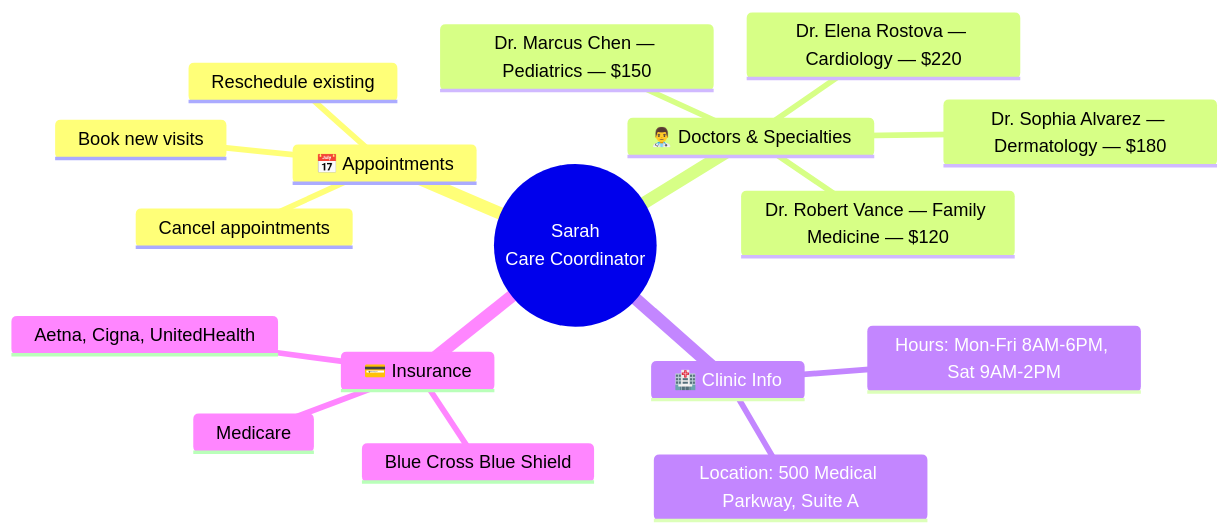
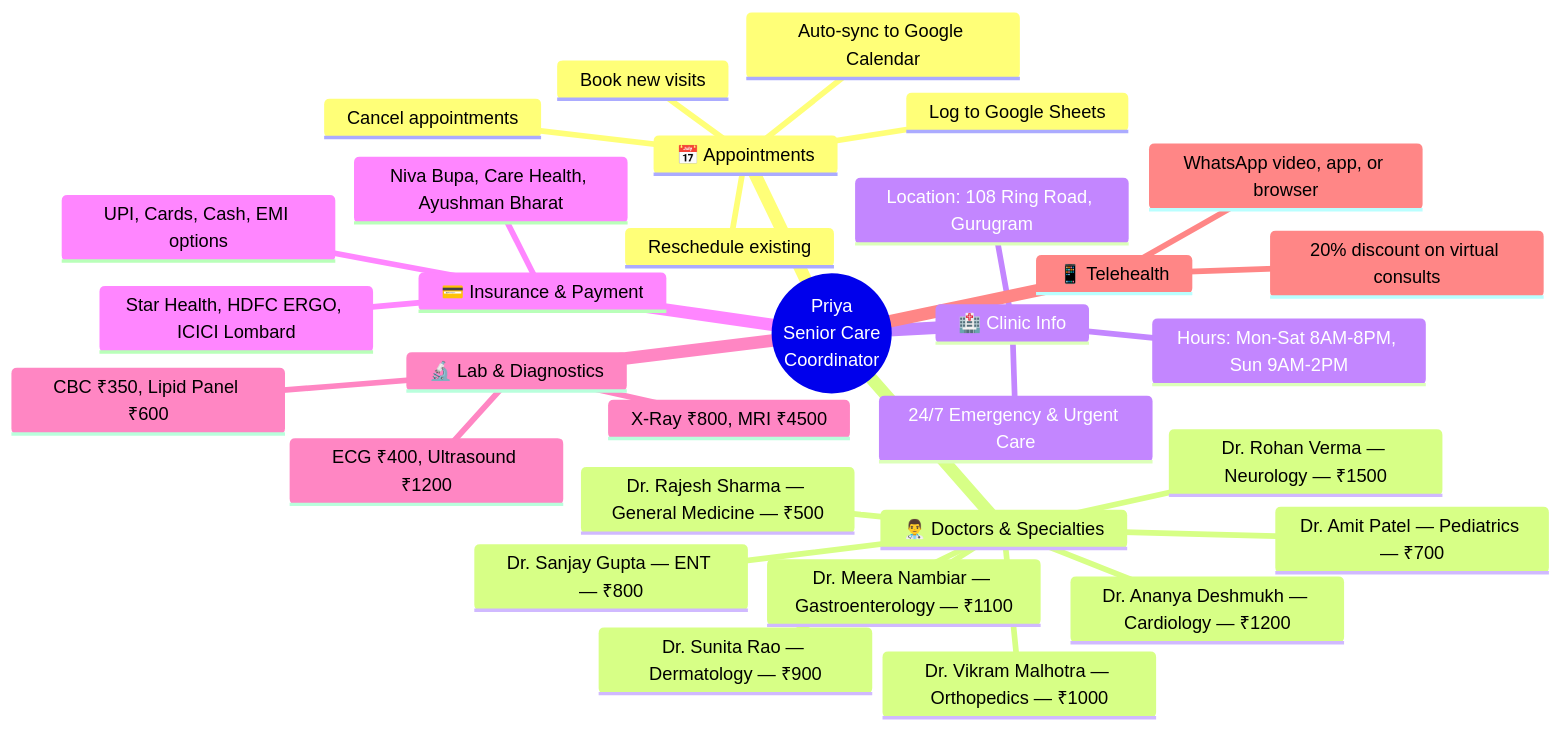
The fifth of 7 diagrams in README.md (MaanasVerma25/Booking-voice), drawn with Mermaid before and after one commit. The commit also changed other lines of this file, not shown here.

Commit message:
docs: complete README rewrite with Priya persona, Google Sheets/Calendar integration diagrams, and 7 Mermaid SVG flowcharts

````diff
--- a/README.md
+++ b/README.md
@@ -276,20 +488,34 @@
 ```mermaid
 mindmap
-  root((Sarah<br/>Care Coordinator))
+  root((Priya<br/>Senior Care<br/>Coordinator))
     📅 Appointments
       Book new visits
       Reschedule existing
       Cancel appointments
+      Auto-sync to Google Calendar
+      Log to Google Sheets
     👨‍⚕️ Doctors & Specialties
-      Dr. Robert Vance — Family Medicine — $120
-      Dr. Elena Rostova — Cardiology — $220
-      Dr. Marcus Chen — Pediatrics — $150
-      Dr. Sophia Alvarez — Dermatology — $180
+      Dr. Rajesh Sharma — General Medicine — ₹500
+      Dr. Ananya Deshmukh — Cardiology — ₹1200
+      Dr. Amit Patel — Pediatrics — ₹700
+      Dr. Sunita Rao — Dermatology — ₹900
+      Dr. Vikram Malhotra — Orthopedics — ₹1000
+      Dr. Rohan Verma — Neurology — ₹1500
+      Dr. Meera Nambiar — Gastroenterology — ₹1100
+      Dr. Sanjay Gupta — ENT — ₹800
     🏥 Clinic Info
-      Hours: Mon-Fri 8AM-6PM, Sat 9AM-2PM
-      Location: 500 Medical Parkway, Suite A
-    💳 Insurance
-      Blue Cross Blue Shield
-      Aetna, Cigna, UnitedHealth
-      Medicare
+      Hours: Mon-Sat 8AM-8PM, Sun 9AM-2PM
+      Location: 108 Ring Road, Gurugram
+      24/7 Emergency & Urgent Care
+    💳 Insurance & Payment
+      Star Health, HDFC ERGO, ICICI Lombard
+      Niva Bupa, Care Health, Ayushman Bharat
+      UPI, Cards, Cash, EMI options
+    🔬 Lab & Diagnostics
+      CBC ₹350, Lipid Panel ₹600
+      X-Ray ₹800, MRI ₹4500
+      ECG ₹400, Ultrasound ₹1200
+    📱 Telehealth
+      20% discount on virtual consults
+      WhatsApp video, app, or browser
 ```
````
